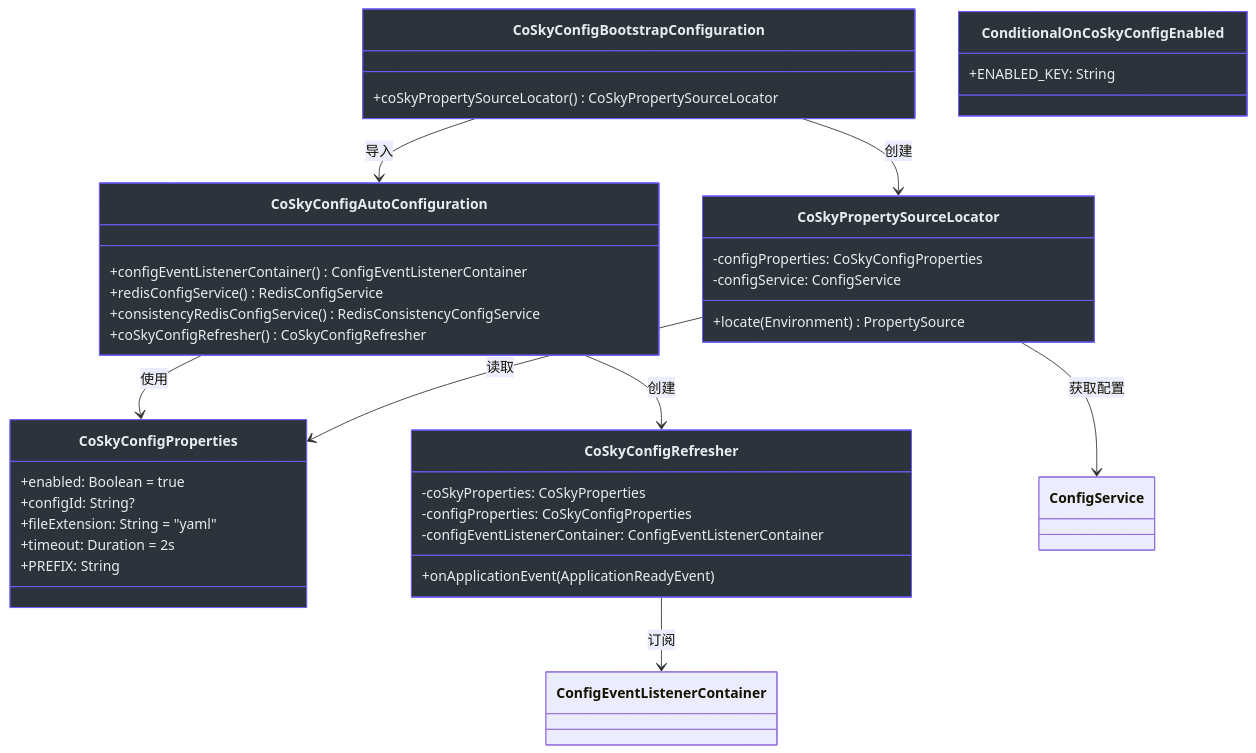
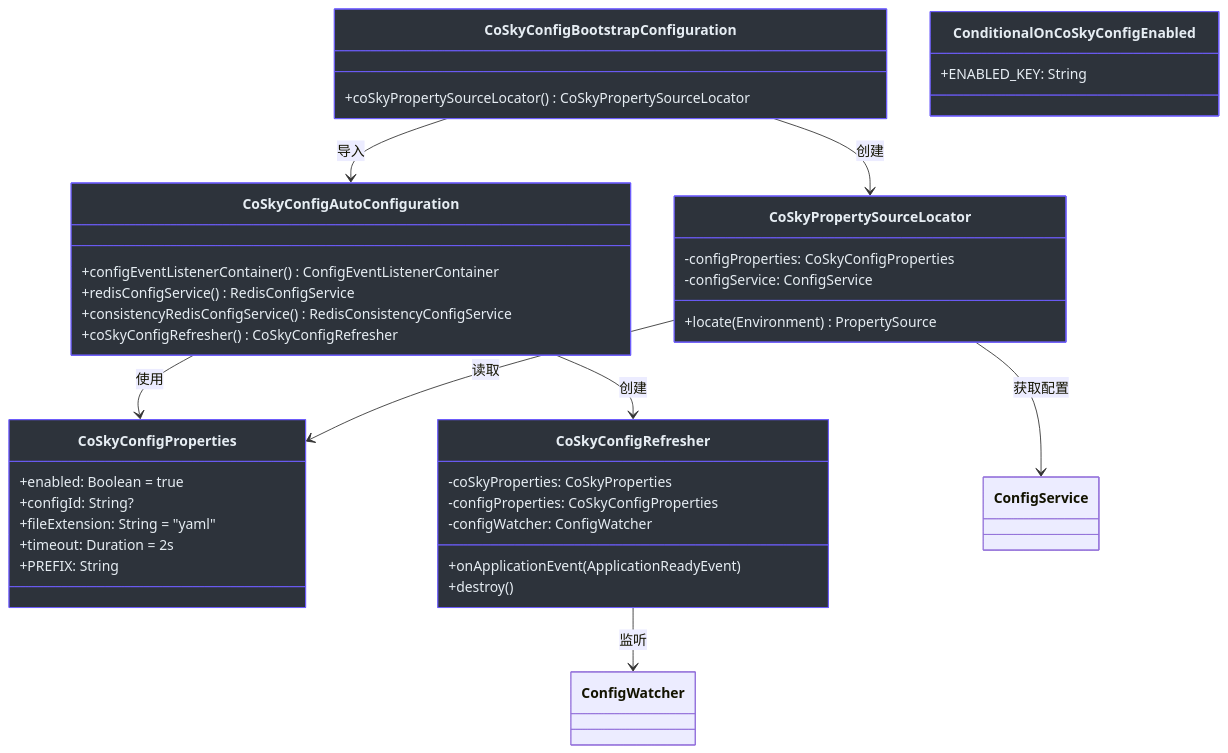
The fourth of 4 diagrams in wiki/zh/guide/spring-cloud-config.md (Ahoo-Wang/CoSky), drawn with Mermaid before and after one commit. The commit also changed other lines of this file and 35 other files, not shown here.

````diff
--- a/wiki/zh/guide/spring-cloud-config.md
+++ b/wiki/zh/guide/spring-cloud-config.md
@@ -132,53 +134,54 @@
 ```mermaid
 classDiagram
     class CoSkyConfigProperties {
         +enabled: Boolean = true
         +configId: String?
         +fileExtension: String = "yaml"
         +timeout: Duration = 2s
         +PREFIX: String
     }
 
     class CoSkyConfigAutoConfiguration {
         +configEventListenerContainer() ConfigEventListenerContainer
         +redisConfigService() RedisConfigService
         +consistencyRedisConfigService() RedisConsistencyConfigService
         +coSkyConfigRefresher() CoSkyConfigRefresher
     }
 
     class CoSkyConfigBootstrapConfiguration {
         +coSkyPropertySourceLocator() CoSkyPropertySourceLocator
     }
 
     class CoSkyPropertySourceLocator {
         -configProperties: CoSkyConfigProperties
         -configService: ConfigService
         +locate(Environment) PropertySource
     }
 
     class CoSkyConfigRefresher {
         -coSkyProperties: CoSkyProperties
         -configProperties: CoSkyConfigProperties
-        -configEventListenerContainer: ConfigEventListenerContainer
+        -configWatcher: ConfigWatcher
         +onApplicationEvent(ApplicationReadyEvent)
+        +destroy()
     }
 
     class ConditionalOnCoSkyConfigEnabled {
         +ENABLED_KEY: String
     }
 
     CoSkyConfigAutoConfiguration --> CoSkyConfigProperties : 使用
     CoSkyConfigBootstrapConfiguration --> CoSkyConfigAutoConfiguration : 导入
     CoSkyConfigBootstrapConfiguration --> CoSkyPropertySourceLocator : 创建
     CoSkyPropertySourceLocator --> CoSkyConfigProperties : 读取
     CoSkyPropertySourceLocator --> ConfigService : 获取配置
     CoSkyConfigAutoConfiguration --> CoSkyConfigRefresher : 创建
-    CoSkyConfigRefresher --> ConfigEventListenerContainer : 订阅
+    CoSkyConfigRefresher --> ConfigWatcher : 监听
 
     style CoSkyConfigProperties fill:#2d333b,stroke:#6d5dfc,color:#e6edf3
     style CoSkyConfigAutoConfiguration fill:#2d333b,stroke:#6d5dfc,color:#e6edf3
     style CoSkyConfigBootstrapConfiguration fill:#2d333b,stroke:#6d5dfc,color:#e6edf3
     style CoSkyPropertySourceLocator fill:#2d333b,stroke:#6d5dfc,color:#e6edf3
     style CoSkyConfigRefresher fill:#2d333b,stroke:#6d5dfc,color:#e6edf3
     style ConditionalOnCoSkyConfigEnabled fill:#2d333b,stroke:#6d5dfc,color:#e6edf3
 ```
````
